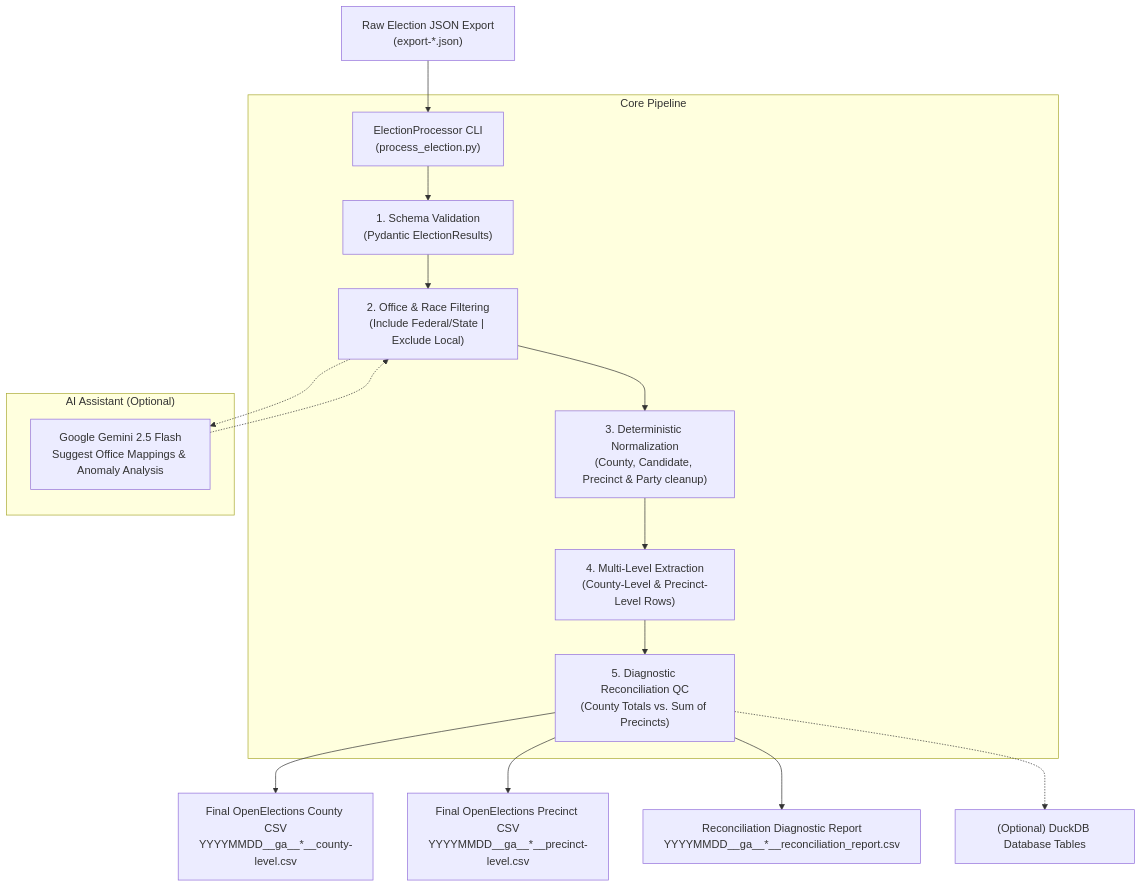
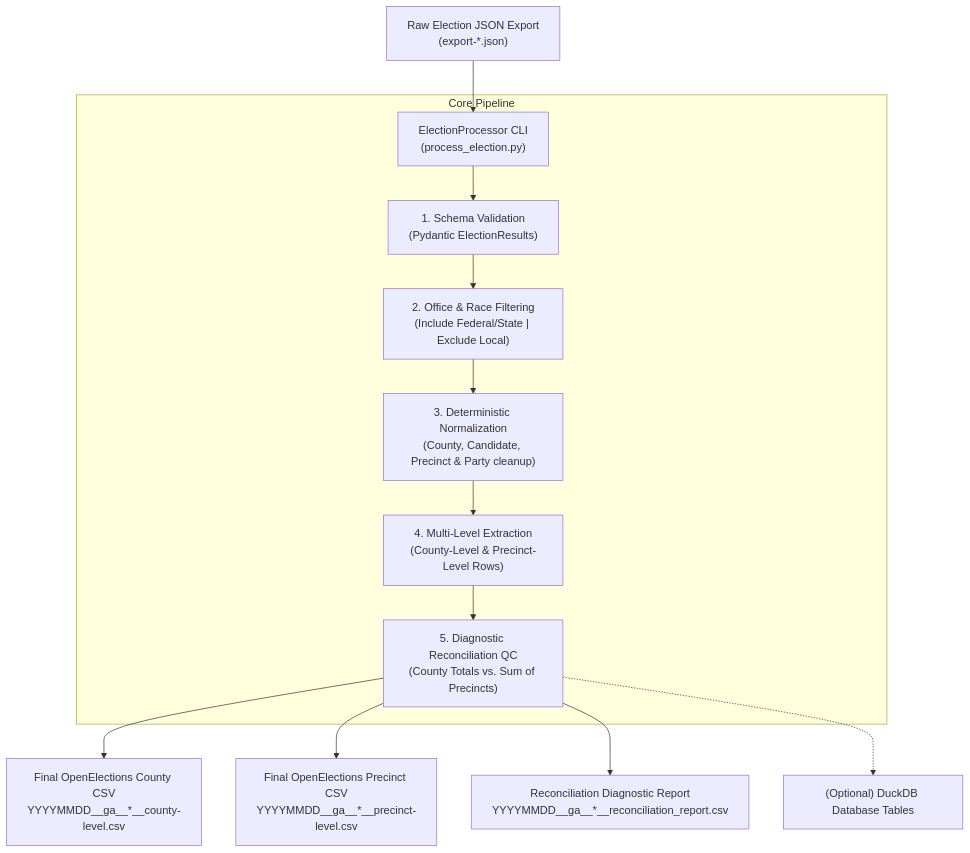
One commit to openelections/openelections-data-ga changed the diagram in enhanced_voting_process/README.md. Above: the diagram before and after it, drawn with Mermaid. The commit also changed other lines of this file and 7 other files, not shown here.

First line of the commit message:
refactor(enhanced_voting): remove Gemini AI assistant and dependency

````diff
--- a/enhanced_voting_process/README.md
+++ b/enhanced_voting_process/README.md
@@ -31,22 +30,17 @@
 ```mermaid
 flowchart TD
     A["Raw Election JSON Export<br>(export-*.json)"] --> B["ElectionProcessor CLI<br>(process_election.py)"]
 
     subgraph Core ["Core Pipeline"]
         B --> C["1. Schema Validation<br>(Pydantic ElectionResults)"]
         C --> D["2. Office & Race Filtering<br>(Include Federal/State | Exclude Local)"]
         D --> E["3. Deterministic Normalization<br>(County, Candidate, Precinct & Party cleanup)"]
         E --> F["4. Multi-Level Extraction<br>(County-Level & Precinct-Level Rows)"]
         F --> G["5. Diagnostic Reconciliation QC<br>(County Totals vs. Sum of Precincts)"]
     end
 
-    subgraph AI ["AI Assistant (Optional)"]
-        D -.-> H["Google Gemini 2.5 Flash<br>Suggest Office Mappings & Anomaly Analysis"]
-        H -.-> D
-    end
-
     G --> I["Final OpenElections County CSV<br>YYYYMMDD__ga__*__county-level.csv"]
     G --> J["Final OpenElections Precinct CSV<br>YYYYMMDD__ga__*__precinct-level.csv"]
     G --> K["Reconciliation Diagnostic Report<br>YYYYMMDD__ga__*__reconciliation_report.csv"]
     G -.-> L["(Optional) DuckDB Database Tables"]
 ```
````
